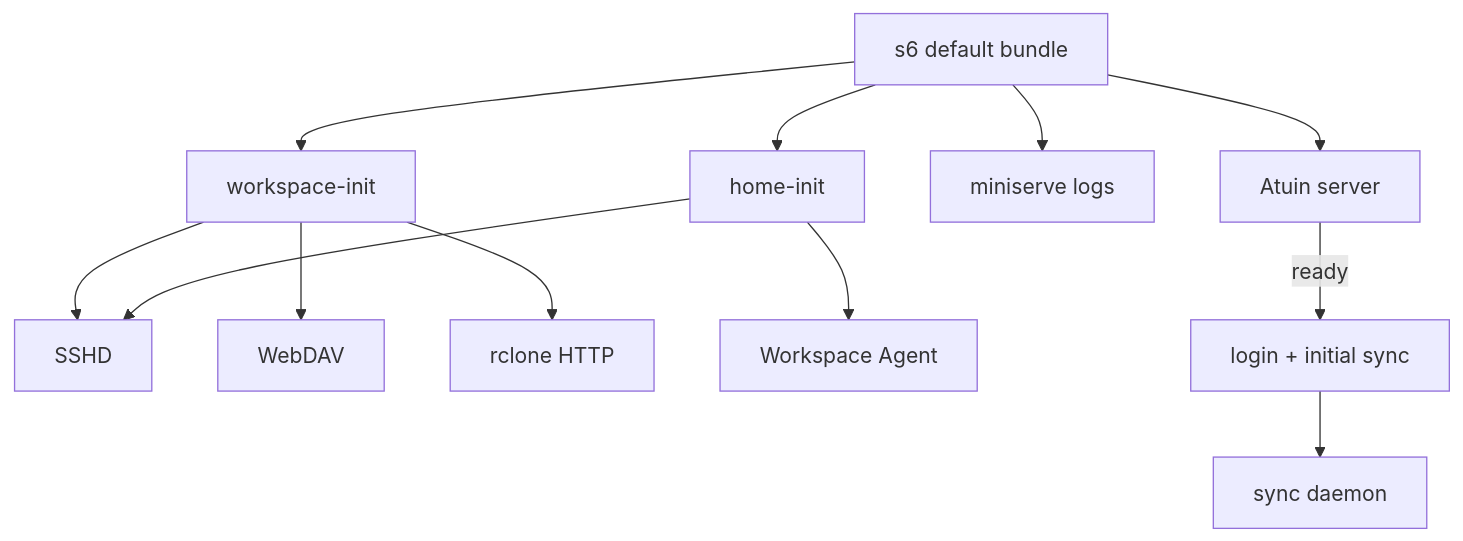
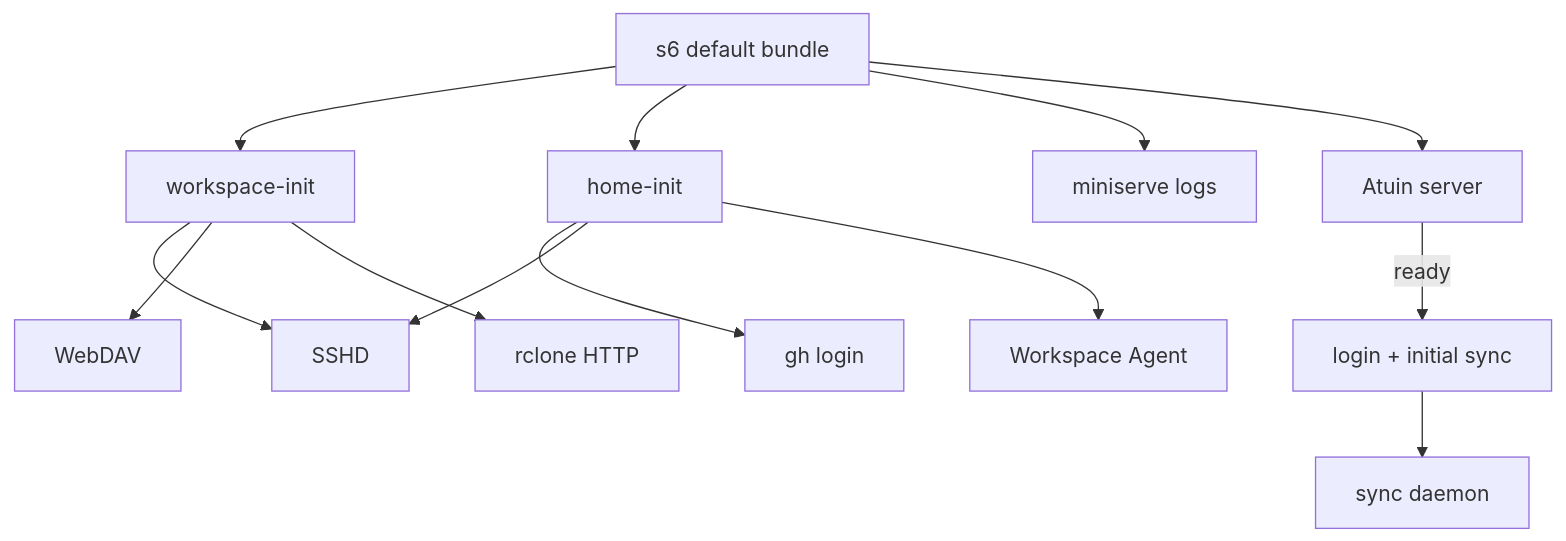
Before and after one commit to curoky/codespace: the second of 3 diagrams in platform/container/workspace/DESIGN.md, drawn with Mermaid. The commit also changed other lines of this file and 7 other files, not shown here.

````diff
--- a/platform/container/workspace/DESIGN.md
+++ b/platform/container/workspace/DESIGN.md
@@ -30,14 +30,15 @@
 ```mermaid
 flowchart TD
     Default["s6 default bundle"] --> Data["workspace-init"]
     Default --> Home["home-init"]
+    Home --> GitHubLogin["gh login"]
     Data --> SSHD
     Home --> SSHD
     Data --> WebDAV
     Data --> HTTP["rclone HTTP"]
     Default --> Logs["miniserve logs"]
     Home --> Agent["Workspace Agent"]
     Default --> AtuinServer["Atuin server"]
     AtuinServer -->|ready| AtuinLogin["login + initial sync"]
     AtuinLogin --> AtuinDaemon["sync daemon"]
 ```
````
